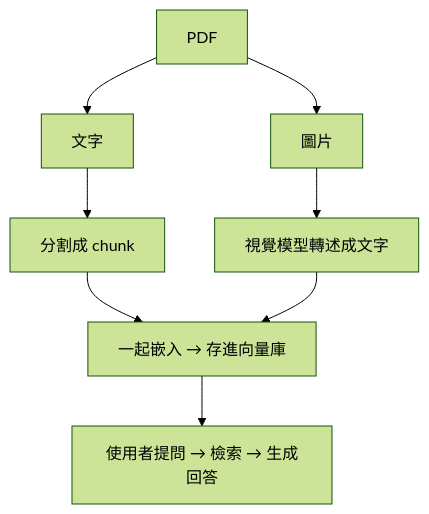
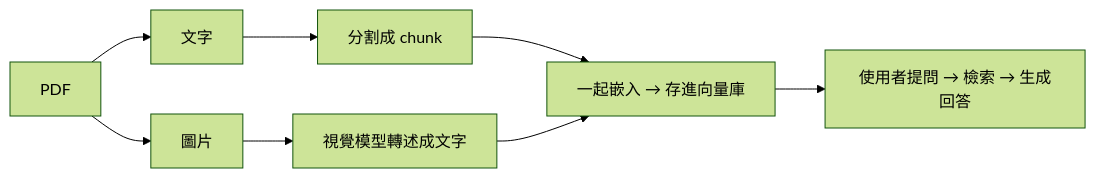
One commit to Peter-To-Better/Blog changed the diagram in src/content/posts/langchain-與-llm-學習筆記-ep-3.md. Above: the diagram before and after it, drawn with Mermaid (forest theme). The commit also changed other lines of this file and 5 other files, not shown here.

````diff
--- a/src/content/posts/langchain-與-llm-學習筆記-ep-3.md
+++ b/src/content/posts/langchain-與-llm-學習筆記-ep-3.md
@@ -32,10 +32,10 @@
 ```mermaid
-flowchart TD
+flowchart LR
     PDF["PDF"] --> T["文字"]
     PDF --> I["圖片"]
     T --> C["分割成 chunk"]
     I --> V["視覺模型轉述成文字"]
     C --> E["一起嵌入 → 存進向量庫"]
     V --> E
     E --> Q["使用者提問 → 檢索 → 生成回答"]
 ```
````
